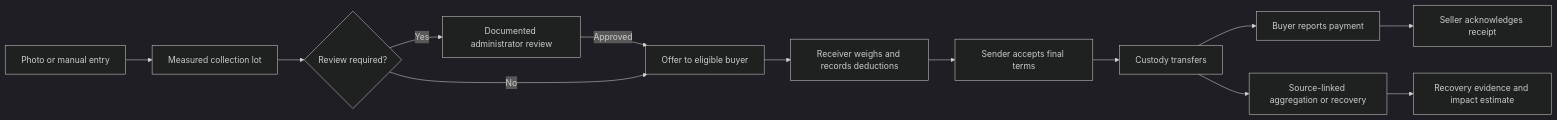
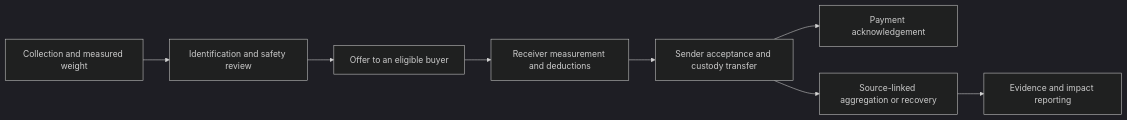
The first of 2 diagrams in README.md (ravishkansal22/Scrape-saathi), drawn with Mermaid (dark theme) before and after one commit. The commit also changed other lines of this file, not shown here.

````diff
--- a/README.md
+++ b/README.md
@@ -113,15 +74,10 @@
 ```mermaid
 flowchart LR
-    A[Photo or manual entry] --> B[Measured collection lot]
-    B --> C{Review required?}
-    C -->|Yes| D[Documented administrator review]
-    D -->|Approved| E[Offer to eligible buyer]
-    C -->|No| E
-    E --> F[Receiver weighs and records deductions]
-    F --> G[Sender accepts final terms]
-    G --> H[Custody transfers]
-    H --> I[Buyer reports payment]
-    I --> J[Seller acknowledges receipt]
-    H --> K[Source-linked aggregation or recovery]
-    K --> L[Recovery evidence and impact estimate]
+    A[Collection and measured weight] --> B[Identification and safety review]
+    B --> C[Offer to an eligible buyer]
+    C --> D[Receiver measurement and deductions]
+    D --> E[Sender acceptance and custody transfer]
+    E --> F[Payment acknowledgement]
+    E --> G[Source-linked aggregation or recovery]
+    G --> H[Evidence and impact reporting]
 ```
````
